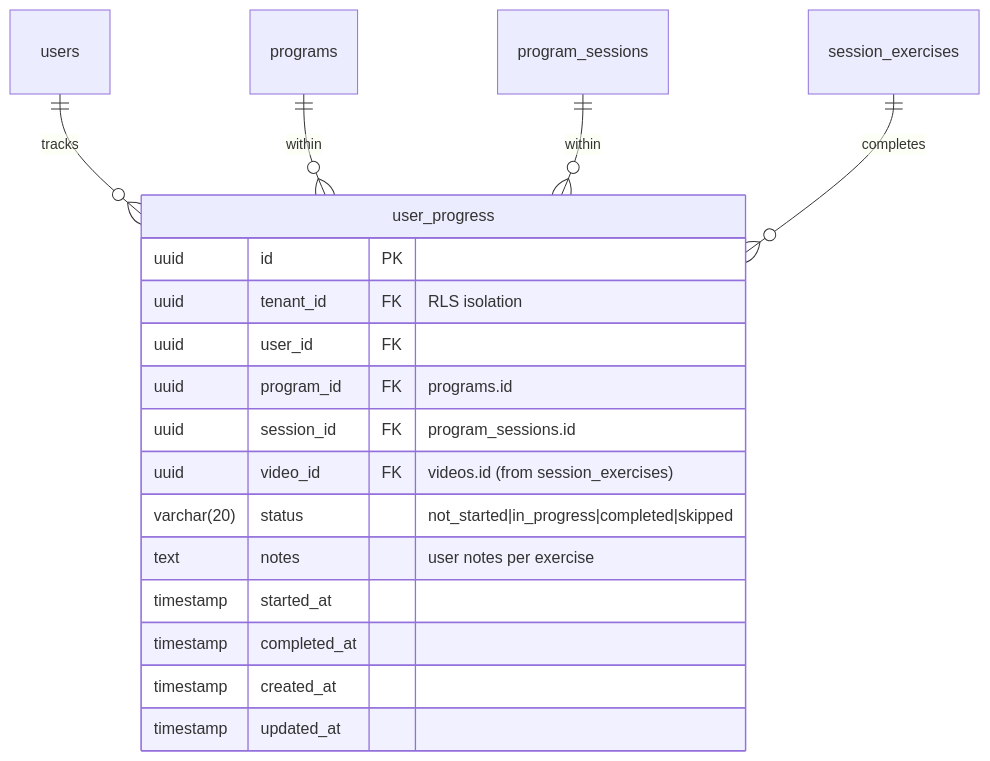
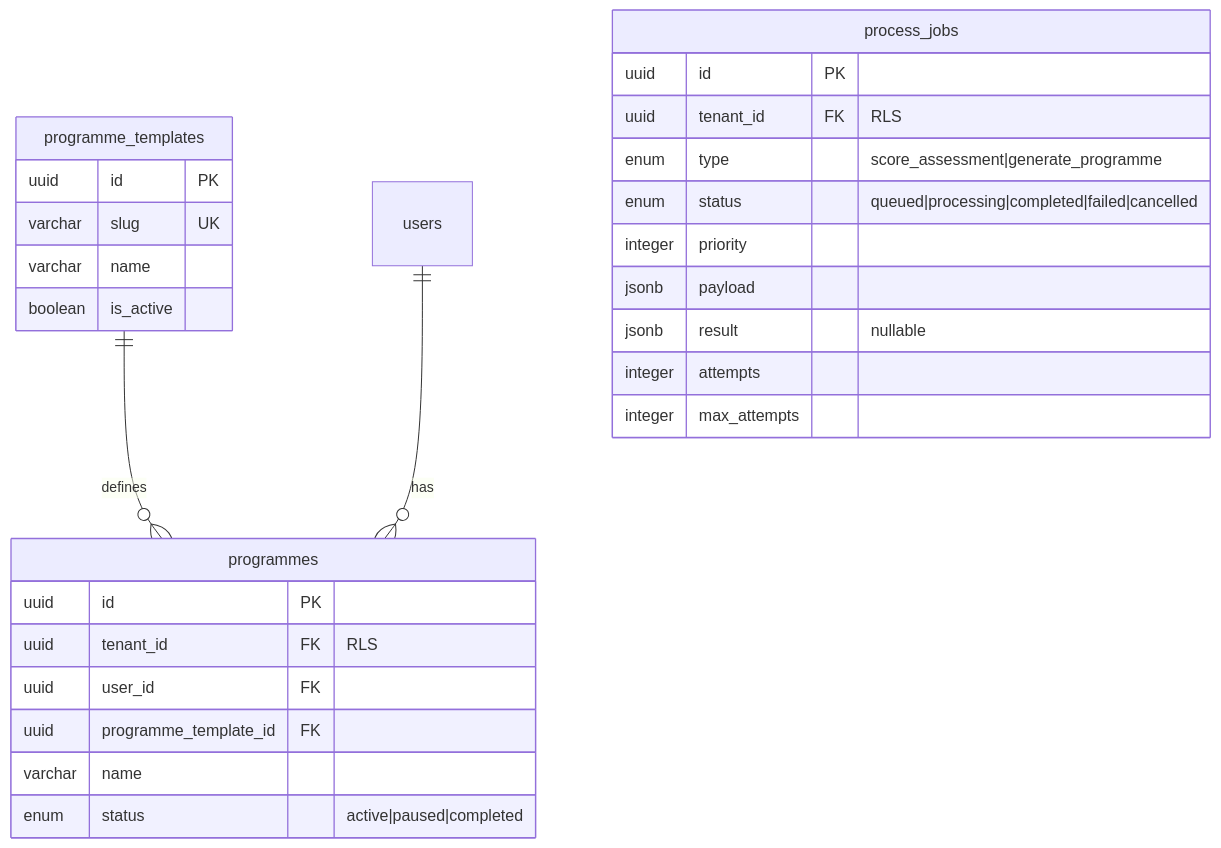
Before and after one commit to ChrisTregaskis/ffp: the third of 3 diagrams in project-documentation/ffp_erd.md, drawn with Mermaid. The commit also changed other lines of this file and 7 other files, not shown here.

````diff
--- a/project-documentation/ffp_erd.md
+++ b/project-documentation/ffp_erd.md
@@ -471,22 +135,33 @@
 ```mermaid
 erDiagram
-    users ||--o{ user_progress : "tracks"
-    programs ||--o{ user_progress : "within"
-    program_sessions ||--o{ user_progress : "within"
-    session_exercises ||--o{ user_progress : "completes"
+    programme_templates ||--o{ programmes : "defines"
+    users ||--o{ programmes : "has"
 
-    user_progress {
+    programme_templates {
         uuid id PK
-        uuid tenant_id FK "RLS isolation"
+        varchar slug UK
+        varchar name
+        boolean is_active
+    }
+
+    programmes {
+        uuid id PK
+        uuid tenant_id FK "RLS"
         uuid user_id FK
-        uuid program_id FK "programs.id"
-        uuid session_id FK "program_sessions.id"
-        uuid video_id FK "videos.id (from session_exercises)"
-        varchar(20) status "not_started|in_progress|completed|skipped"
-        text notes "user notes per exercise"
-        timestamp started_at
-        timestamp completed_at
-        timestamp created_at
-        timestamp updated_at
+        uuid programme_template_id FK
+        varchar name
+        enum status "active|paused|completed"
+    }
+
+    process_jobs {
+        uuid id PK
+        uuid tenant_id FK "RLS"
+        enum type "score_assessment|generate_programme"
+        enum status "queued|processing|completed|failed|cancelled"
+        integer priority
+        jsonb payload
+        jsonb result "nullable"
+        integer attempts
+        integer max_attempts
     }
 ```
````
